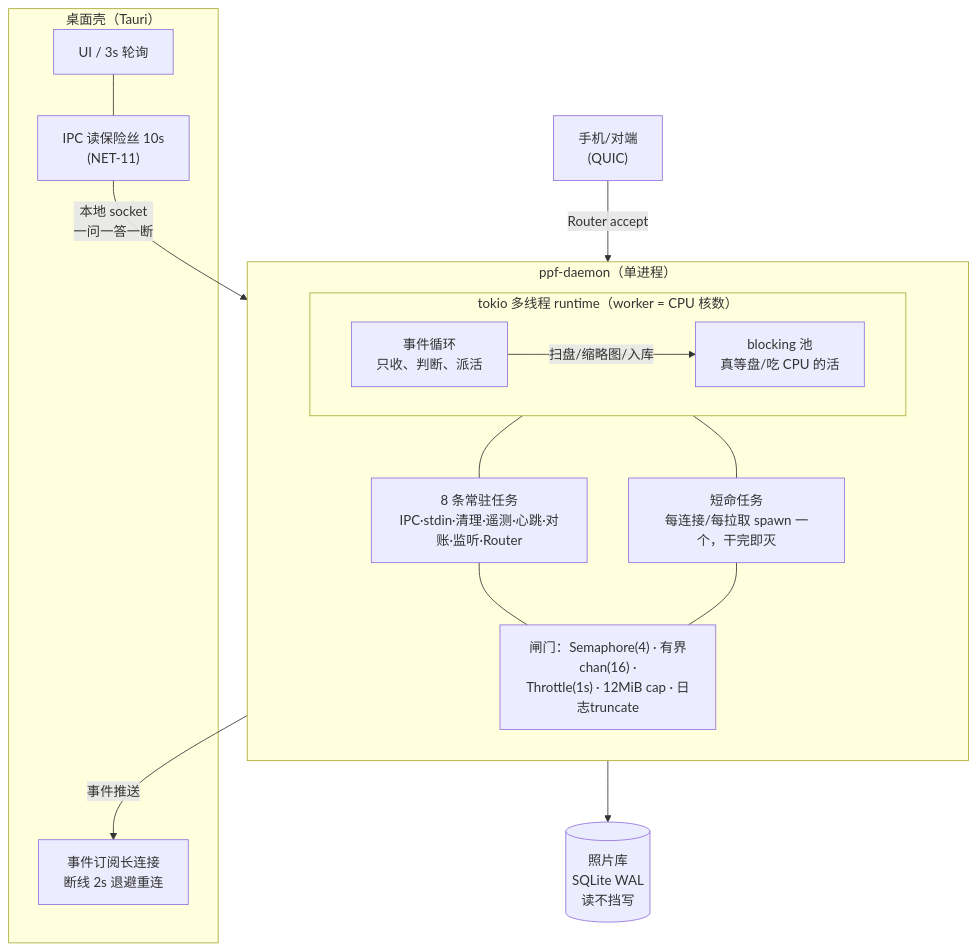
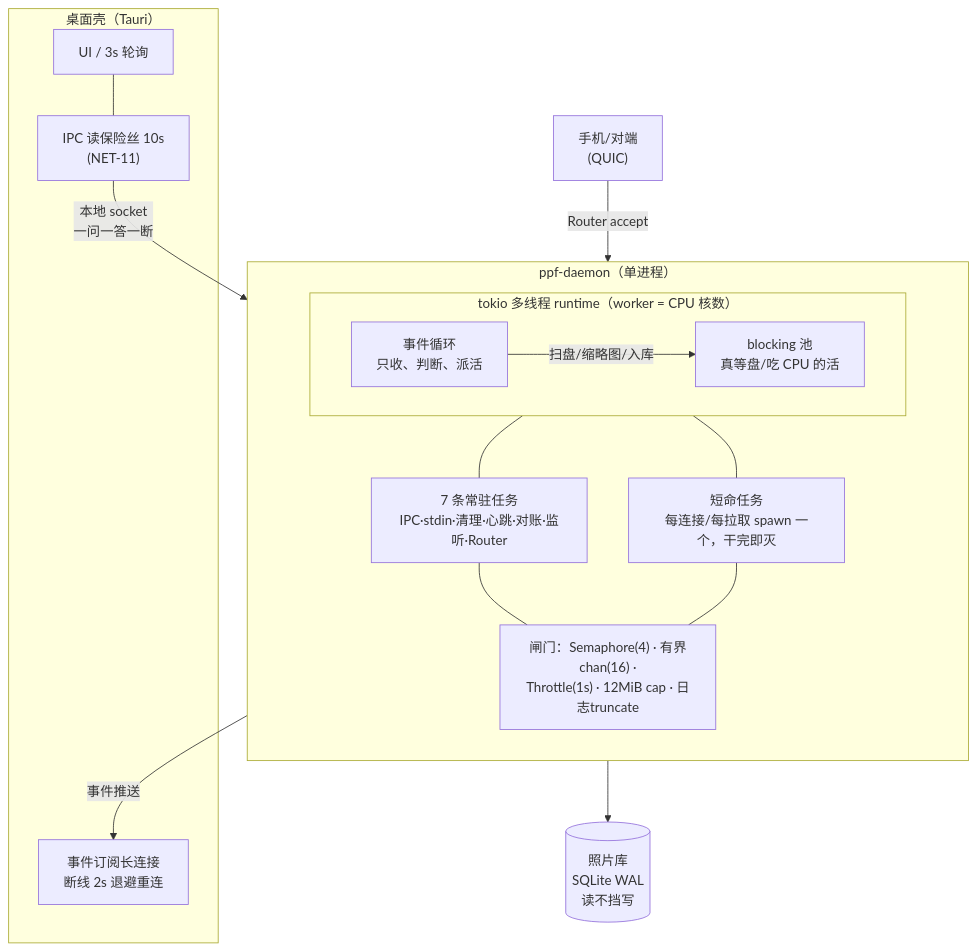
One commit to hawkeye-xb/P-Pass changed the first of 2 diagrams in docs/runtime-model.md. Above: the diagram before and after it, drawn with Mermaid. The commit also changed other lines of this file and 48 other files, not shown here.

````diff
--- a/docs/runtime-model.md
+++ b/docs/runtime-model.md
@@ -15,30 +15,30 @@
 ```mermaid
 flowchart TB
     subgraph shell["桌面壳（Tauri）"]
         UI["UI / 3s 轮询"]
         FUSE["IPC 读保险丝 10s<br/>(NET-11)"]
         EV["事件订阅长连接<br/>断线 2s 退避重连"]
         UI --- FUSE
     end
 
     subgraph daemon["ppf-daemon（单进程）"]
         direction TB
         subgraph rt["tokio 多线程 runtime（worker = CPU 核数）"]
             direction LR
             LOOP["事件循环<br/>只收、判断、派活"]
             BLOCK["blocking 池<br/>真等盘/吃 CPU 的活"]
         end
-        RES["8 条常驻任务<br/>IPC·stdin·清理·遥测·心跳·对账·监听·Router"]
+        RES["7 条常驻任务<br/>IPC·stdin·清理·心跳·对账·监听·Router"]
         EP["短命任务<br/>每连接/每拉取 spawn 一个，干完即灭"]
         GATES["闸门：Semaphore(4) · 有界chan(16) ·<br/>Throttle(1s) · 12MiB cap · 日志truncate"]
         LOOP --- RES
         LOOP --- EP
         RES & EP --- GATES
     end
 
     PHONE["手机/对端<br/>(QUIC)"] -->|Router accept| LOOP
     FUSE -->|"本地 socket<br/>一问一答一断"| LOOP
     LOOP -->|"事件推送"| EV
     LOOP -->|"扫盘/缩略图/入库"| BLOCK
     BLOCK --> DISK[("照片库<br/>SQLite WAL<br/>读不挡写")]
 ```
````
